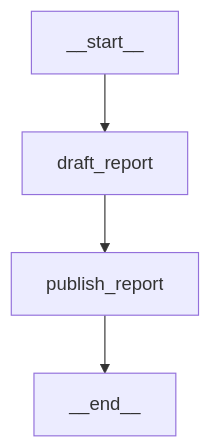
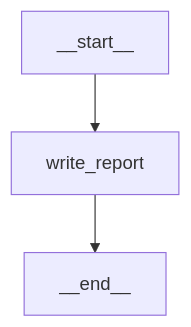
Before and after one commit to ilkersigirci/langgraph-openai-serve: the first of 2 diagrams in docs/demo/graphs/background-report-agent.md, drawn with Mermaid. The commit also changed other lines of this file and 108 other files, not shown here.

````diff
--- a/docs/demo/graphs/background-report-agent.md
+++ b/docs/demo/graphs/background-report-agent.md
@@ -18,6 +16,5 @@
 ```mermaid
 graph TD;
-    __start__ --> draft_report;
-    draft_report --> publish_report;
-    publish_report --> __end__;
+    __start__ --> write_report;
+    write_report --> __end__;
 ```
````
